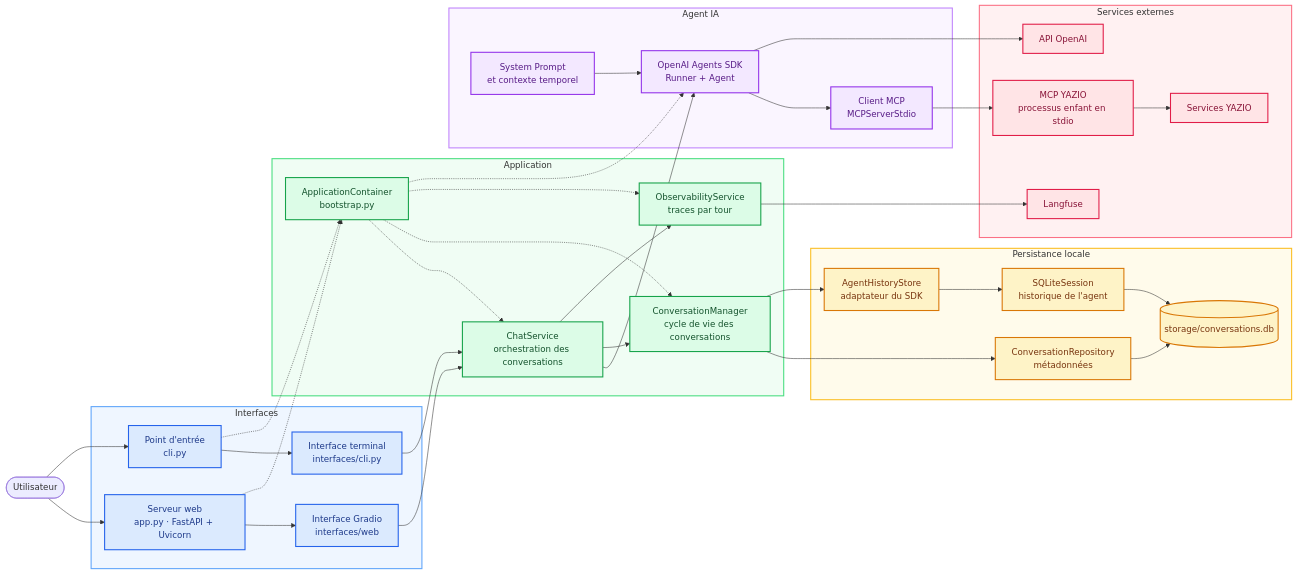
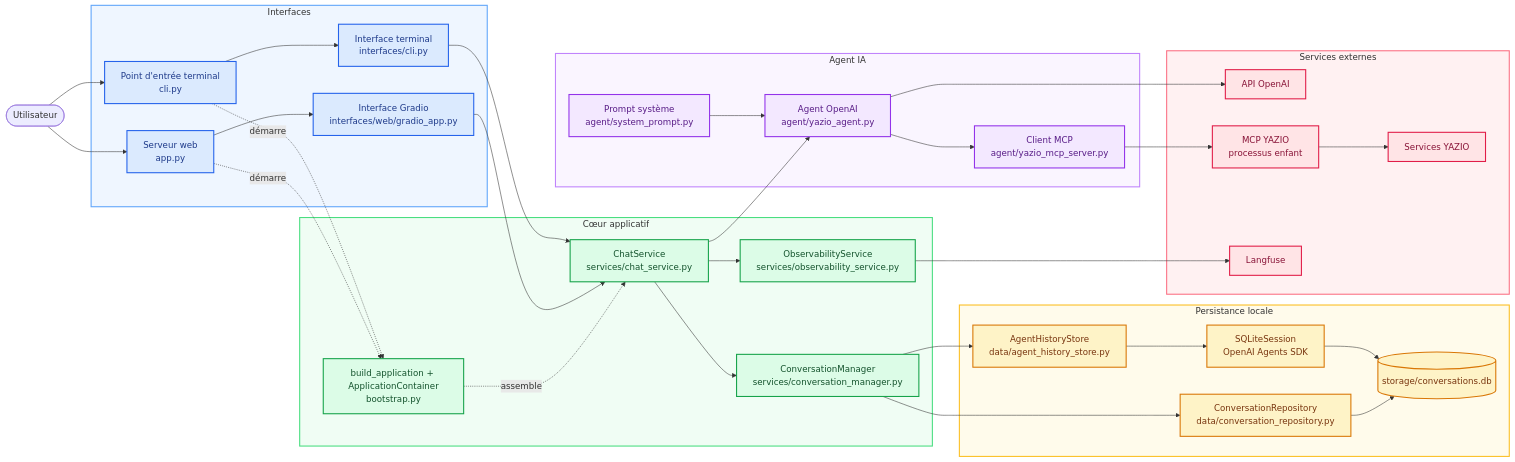
One commit to martinp2003-debug/Yazio-AI-Agent changed the diagram in README.md. Above: the diagram before and after it, drawn with Mermaid. The commit also changed other lines of this file, not shown here.

Commit message:
Simplification du schéma de l'architecture

```diff
--- a/README.md
+++ b/README.md
@@ -9,33 +9,33 @@
     user([Utilisateur])
 
     subgraph interfaces[Interfaces]
-        web_entry[Serveur web<br/>app.py · FastAPI + Uvicorn]
-        web[Interface Gradio<br/>interfaces/web]
-        cli_entry[Point d'entrée<br/>cli.py]
+        web_entry[Serveur web<br/>app.py]
+        web[Interface Gradio<br/>interfaces/web/gradio_app.py]
+        cli_entry[Point d'entrée terminal<br/>cli.py]
         cli[Interface terminal<br/>interfaces/cli.py]
         web_entry --> web
         cli_entry --> cli
     end
 
-    subgraph application[Application]
-        bootstrap[ApplicationContainer<br/>bootstrap.py]
-        chat[ChatService<br/>orchestration des conversations]
-        conversations[ConversationManager<br/>cycle de vie des conversations]
-        observability[ObservabilityService<br/>traces par tour]
+    subgraph application[Cœur applicatif]
+        bootstrap[build_application + ApplicationContainer<br/>bootstrap.py]
+        chat[ChatService<br/>services/chat_service.py]
+        conversations[ConversationManager<br/>services/conversation_manager.py]
+        observability[ObservabilityService<br/>services/observability_service.py]
     end
 
     subgraph agent_layer[Agent IA]
-        runner[OpenAI Agents SDK<br/>Runner + Agent]
-        prompt[System Prompt<br/>et contexte temporel]
-        mcp_client[Client MCP<br/>MCPServerStdio]
-        prompt --> runner
-        runner --> mcp_client
+        agent[Agent OpenAI<br/>agent/yazio_agent.py]
+        prompt[Prompt système<br/>agent/system_prompt.py]
+        mcp_client[Client MCP<br/>agent/yazio_mcp_server.py]
+        prompt --> agent
+        agent --> mcp_client
     end
 
     subgraph persistence[Persistance locale]
-        repository[ConversationRepository<br/>métadonnées]
-        history_store[AgentHistoryStore<br/>adaptateur du SDK]
-        history[SQLiteSession<br/>historique de l'agent]
+        repository[ConversationRepository<br/>data/conversation_repository.py]
+        history_store[AgentHistoryStore<br/>data/agent_history_store.py]
+        history[SQLiteSession<br/>OpenAI Agents SDK]
         sqlite[(storage/conversations.db)]
         repository --> sqlite
         history_store --> history
@@ -44,7 +44,7 @@
 
     subgraph external[Services externes]
         openai[API OpenAI]
-        mcp[MCP YAZIO<br/>processus enfant en stdio]
+        mcp[MCP YAZIO<br/>processus enfant]
         yazio[Services YAZIO]
         langfuse[Langfuse]
         mcp --> yazio
@@ -52,20 +52,17 @@
 
     user --> web_entry
     user --> cli_entry
-    web_entry -.-> bootstrap
-    cli_entry -.-> bootstrap
+    web_entry -. démarre .-> bootstrap
+    cli_entry -. démarre .-> bootstrap
+    bootstrap -. assemble .-> chat
     web --> chat
     cli --> chat
-    bootstrap -.-> chat
-    bootstrap -.-> conversations
-    bootstrap -.-> observability
-    bootstrap -.-> runner
-    chat --> runner
+    chat --> agent
     chat --> conversations
     chat --> observability
     conversations --> repository
     conversations --> history_store
-    runner --> openai
+    agent --> openai
     mcp_client --> mcp
     observability --> langfuse
 
@@ -77,7 +74,7 @@
 
     class web_entry,web,cli_entry,cli interfaceNode
     class bootstrap,chat,conversations,observability applicationNode
-    class runner,prompt,mcp_client agentNode
+    class agent,prompt,mcp_client agentNode
     class repository,history_store,history,sqlite persistenceNode
     class openai,mcp,yazio,langfuse externalNode
 
```
